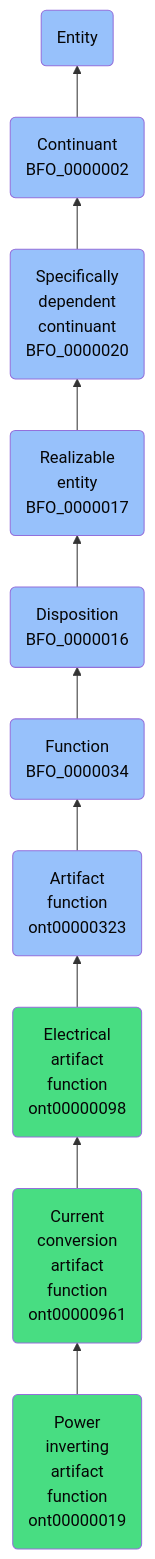
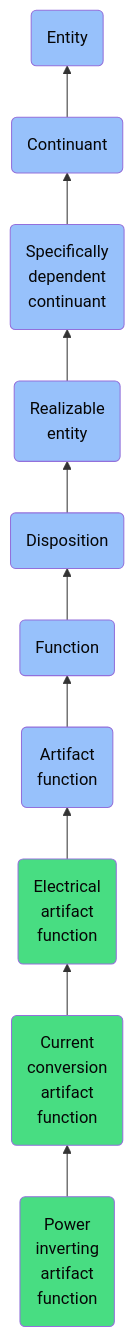
One commit to jupyter-naas/abi changed the diagram in docs/ontology/reference/model/Entity/Continuant/Specifically dependent continuant/Realizable entity/Disposition/Function/Artifact function/Electrical artifact function/Current conversion artifact function/Power inverting artifact function/Power inverting artifact function.md. Above: the diagram before and after it, drawn with Mermaid. The commit also changed other lines of this file and 1430 other files, not shown here.

````diff
--- a/docs/ontology/reference/model/Entity/Continuant/Specifically dependent continuant/Realizable entity/Disposition/Function/Artifact function/Electrical artifact function/Current conversion artifact function/Power inverting artifact function/Power inverting artifact function.md
+++ b/docs/ontology/reference/model/Entity/Continuant/Specifically dependent continuant/Realizable entity/Disposition/Function/Artifact function/Electrical artifact function/Current conversion artifact function/Power inverting artifact function/Power inverting artifact function.md
@@ -24,17 +24,17 @@
 ```mermaid
 graph BT
-    ont00000019(Power<br>inverting<br>artifact<br>function<br>ont00000019):::ABI-->ont00000961
-    ont00000961(Current<br>conversion<br>artifact<br>function<br>ont00000961):::ABI-->ont00000098
-    ont00000098(Electrical<br>artifact<br>function<br>ont00000098):::ABI-->ont00000323
-    ont00000323(Artifact<br>function<br>ont00000323):::BFO-->BFO_0000034
-    BFO_0000034(Function<br>BFO_0000034):::BFO-->BFO_0000016
-    BFO_0000016(Disposition<br>BFO_0000016):::BFO-->BFO_0000017
-    BFO_0000017(Realizable<br>entity<br>BFO_0000017):::BFO-->BFO_0000020
-    BFO_0000020(Specifically<br>dependent<br>continuant<br>BFO_0000020):::BFO-->BFO_0000002
-    BFO_0000002(Continuant<br>BFO_0000002):::BFO-->BFO_0000001
+    ont00000019(Power<br>inverting<br>artifact<br>function):::ABI-->ont00000961
+    ont00000961(Current<br>conversion<br>artifact<br>function):::ABI-->ont00000098
+    ont00000098(Electrical<br>artifact<br>function):::ABI-->ont00000323
+    ont00000323(Artifact<br>function):::BFO-->BFO_0000034
+    BFO_0000034(Function):::BFO-->BFO_0000016
+    BFO_0000016(Disposition):::BFO-->BFO_0000017
+    BFO_0000017(Realizable<br>entity):::BFO-->BFO_0000020
+    BFO_0000020(Specifically<br>dependent<br>continuant):::BFO-->BFO_0000002
+    BFO_0000002(Continuant):::BFO-->BFO_0000001
     BFO_0000001(Entity):::BFO
     
     classDef BFO fill:#97c1fb,color:#060606
     classDef CCO fill:#e4c51e,color:#060606
     classDef ABI fill:#48DD82,color:#060606
 ```
````
